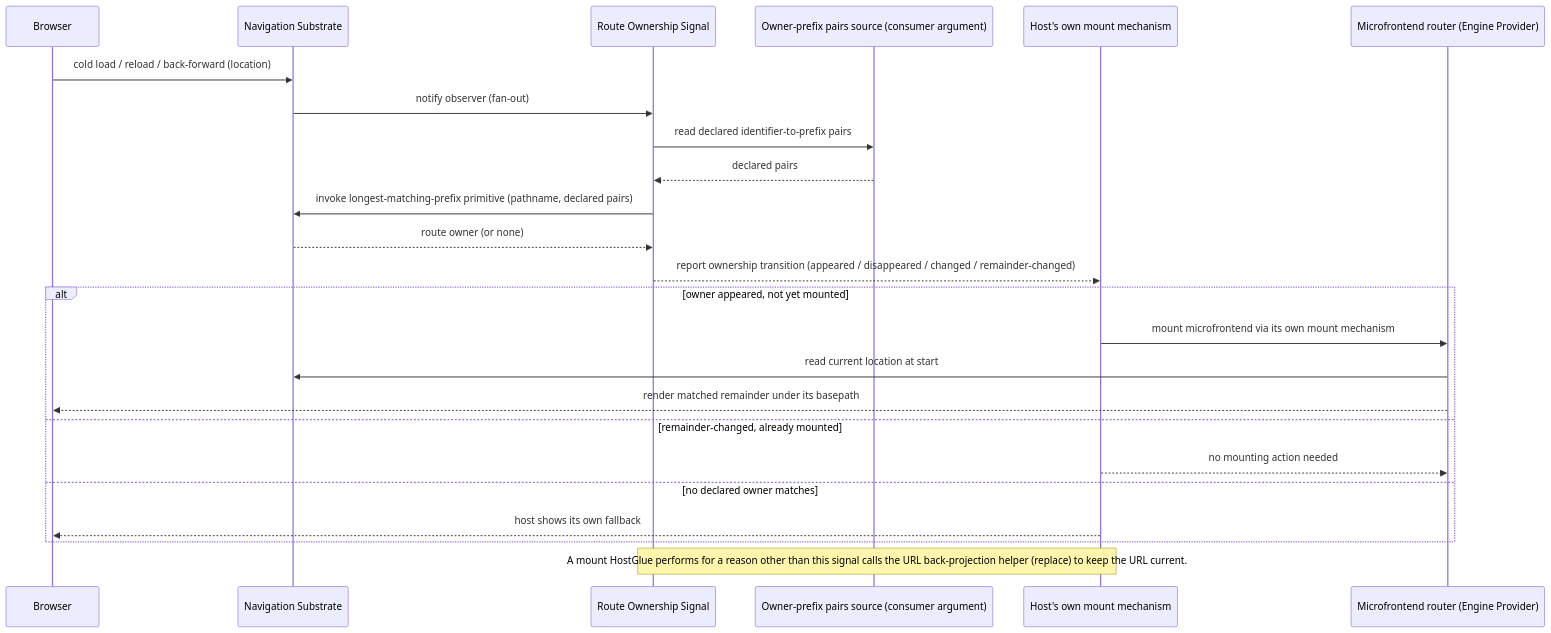
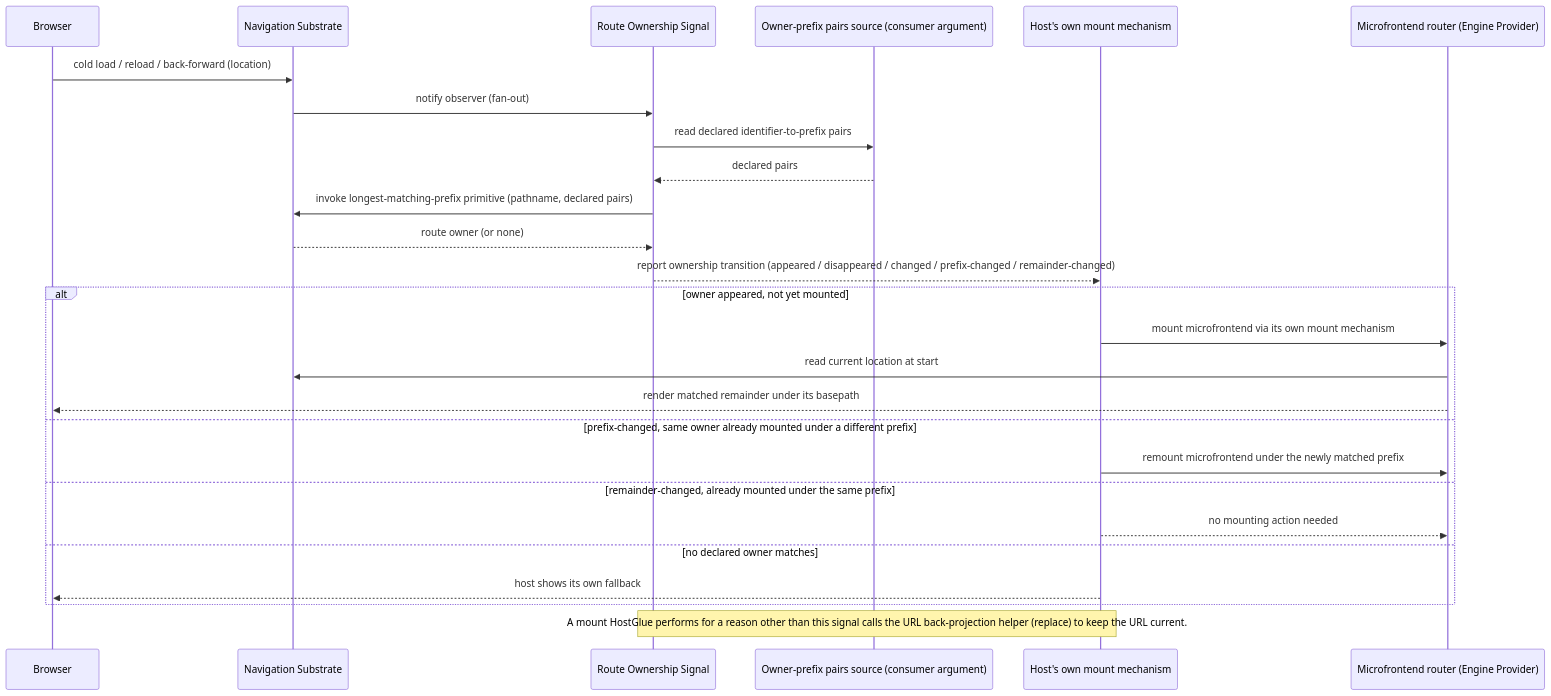
Before and after one commit to GeraBart/gears-frontx: the second of 2 diagrams in packages/routing/architecture/DESIGN.md, drawn with Mermaid. The commit also changed other lines of this file and 6 other files, not shown here.

````diff
--- a/packages/routing/architecture/DESIGN.md
+++ b/packages/routing/architecture/DESIGN.md
@@ -236,26 +236,28 @@
 ```mermaid
 sequenceDiagram
     participant Browser
     participant Substrate as Navigation Substrate
     participant Signal as Route Ownership Signal
     participant Pairs as Owner-prefix pairs source (consumer argument)
     participant HostGlue as Host's own mount mechanism
     participant MFE as Microfrontend router (Engine Provider)
     Browser->>Substrate: cold load / reload / back-forward (location)
     Substrate->>Signal: notify observer (fan-out)
     Signal->>Pairs: read declared identifier-to-prefix pairs
     Pairs-->>Signal: declared pairs
     Signal->>Substrate: invoke longest-matching-prefix primitive (pathname, declared pairs)
     Substrate-->>Signal: route owner (or none)
-    Signal-->>HostGlue: report ownership transition (appeared / disappeared / changed / remainder-changed)
+    Signal-->>HostGlue: report ownership transition (appeared / disappeared / changed / prefix-changed / remainder-changed)
     alt owner appeared, not yet mounted
         HostGlue->>MFE: mount microfrontend via its own mount mechanism
         MFE->>Substrate: read current location at start
         MFE-->>Browser: render matched remainder under its basepath
-    else remainder-changed, already mounted
+    else prefix-changed, same owner already mounted under a different prefix
+        HostGlue->>MFE: remount microfrontend under the newly matched prefix
+    else remainder-changed, already mounted under the same prefix
         HostGlue-->>MFE: no mounting action needed
     else no declared owner matches
         HostGlue-->>Browser: host shows its own fallback
     end
     Note over HostGlue,Signal: A mount HostGlue performs for a reason other than this signal calls the URL back-projection helper (replace) to keep the URL current.
 ```
````
